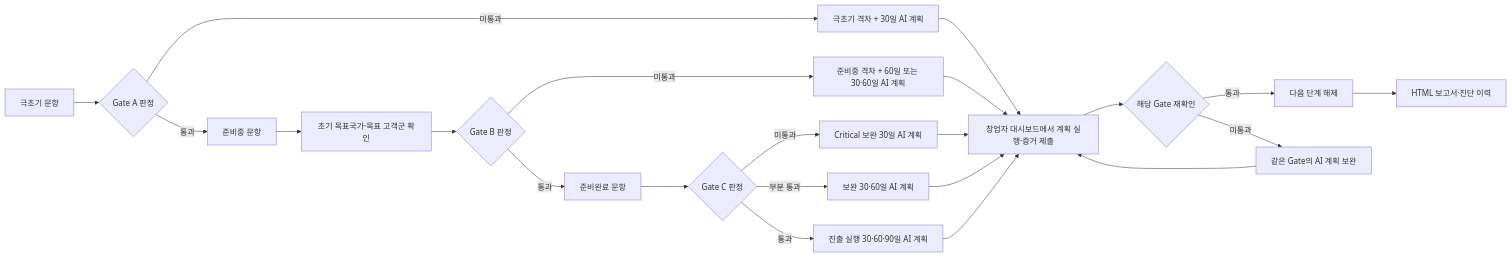
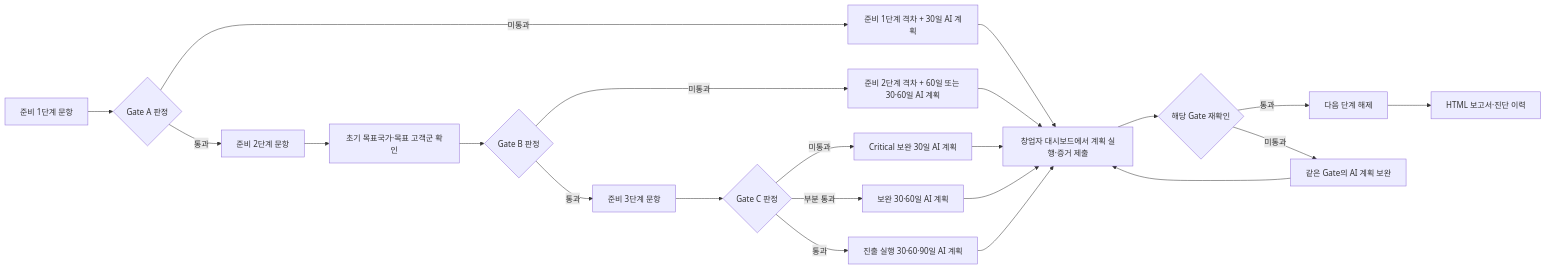
The diagram in .omx/plans/2026-08-10-progressive-gate-ai-assistant.md (ky17824/ai-coding), drawn with Mermaid before and after one commit. The commit also changed other lines of this file and 25 other files, not shown here.

````diff
--- a/.omx/plans/2026-08-10-progressive-gate-ai-assistant.md
+++ b/.omx/plans/2026-08-10-progressive-gate-ai-assistant.md
@@ -58,24 +58,24 @@
 ```mermaid
 flowchart LR
-  A["극초기 문항"] --> B{"Gate A 판정"}
-  B -->|"미통과"| C["극초기 격차 + 30일 AI 계획"]
-  B -->|"통과"| D["준비중 문항"]
+  A["준비 1단계 문항"] --> B{"Gate A 판정"}
+  B -->|"미통과"| C["준비 1단계 격차 + 30일 AI 계획"]
+  B -->|"통과"| D["준비 2단계 문항"]
   D --> T["초기 목표국가·목표 고객군 확인"]
   T --> E{"Gate B 판정"}
-  E -->|"미통과"| F["준비중 격차 + 60일 또는 30·60일 AI 계획"]
-  E -->|"통과"| G["준비완료 문항"]
+  E -->|"미통과"| F["준비 2단계 격차 + 60일 또는 30·60일 AI 계획"]
+  E -->|"통과"| G["준비 3단계 문항"]
   G --> H{"Gate C 판정"}
   H -->|"미통과"| I["Critical 보완 30일 AI 계획"]
   H -->|"부분 통과"| J["보완 30·60일 AI 계획"]
   H -->|"통과"| K["진출 실행 30·60·90일 AI 계획"]
   C --> L["창업자 대시보드에서 계획 실행·증거 제출"]
   F --> L
   I --> L
   J --> L
   K --> L
   L --> M{"해당 Gate 재확인"}
   M -->|"통과"| N["다음 단계 해제"]
   M -->|"미통과"| O["같은 Gate의 AI 계획 보완"]
   N --> P["HTML 보고서·진단 이력"]
   O --> L
 ```
````
